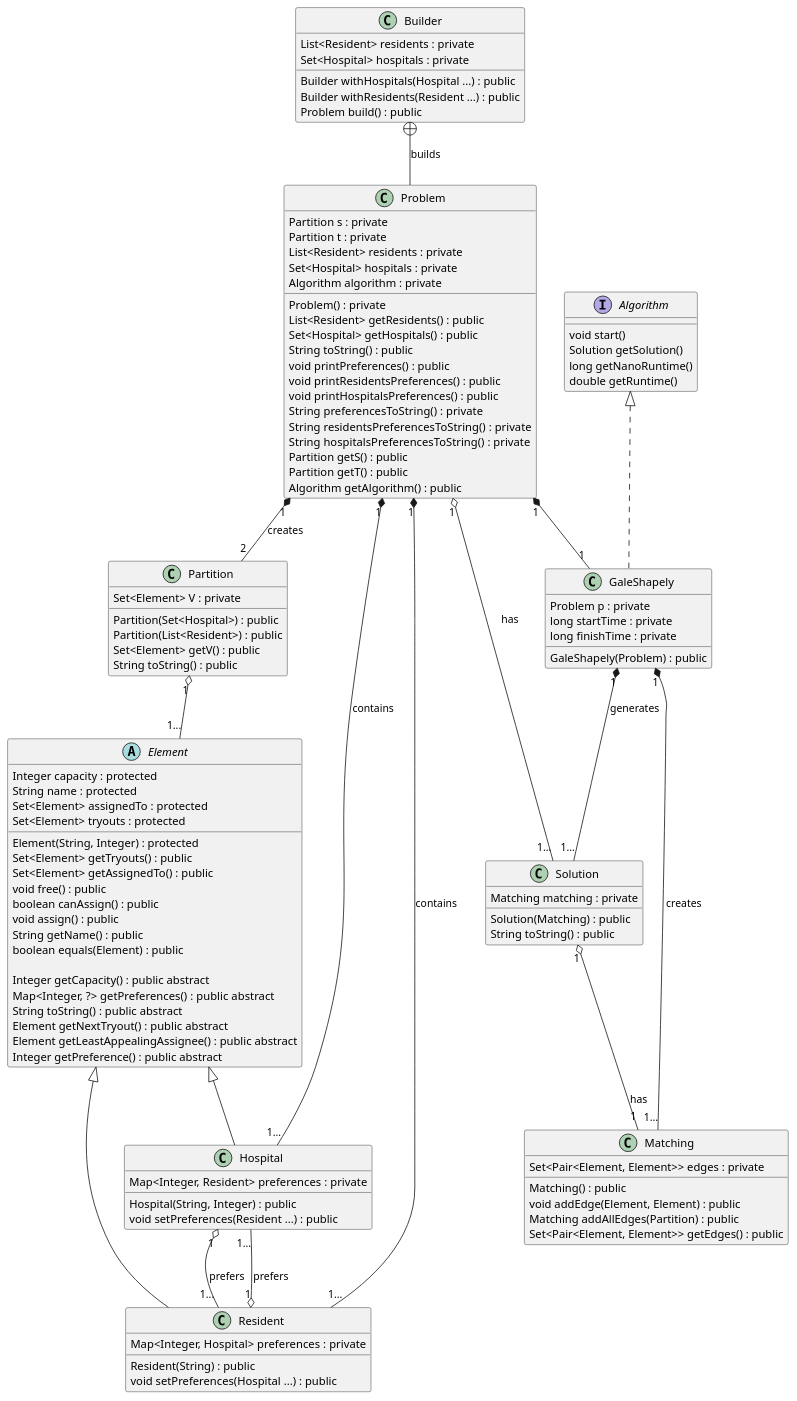
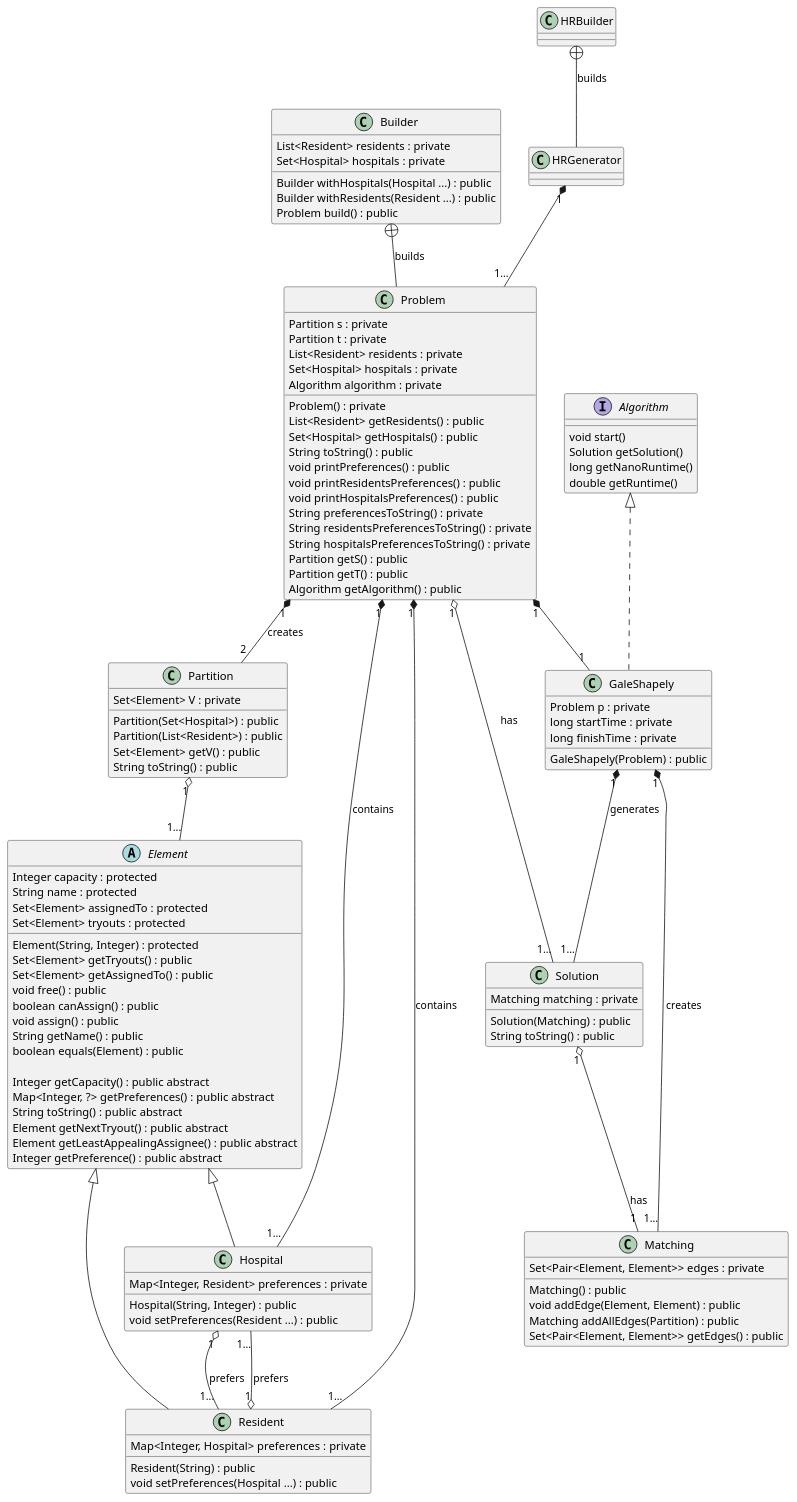
Before and after one commit to G2Gmycatisonfire/java4Random: the diagram in src/main/java/ro/design/HRUML.puml, drawn with PlantUML. The commit also changed 4 other files, not shown here.

```diff
--- a/src/main/java/ro/design/HRUML.puml
+++ b/src/main/java/ro/design/HRUML.puml
@@ -1,143 +1,146 @@
 @startuml
-
 
 abstract class Element
 
 class Hospital extends Element
 class Resident extends Element
 
 class Problem
 class Matching
 class Partition
 class Element
 class Solution
 class GaleShapely implements Algorithm
 class Builder
-
+class HRGenerator
+class HRBuilder
 interface Algorithm
 
+HRBuilder +-- HRGenerator : builds
 Builder +-- Problem : builds
+
+HRGenerator "1" *-- "1..." Problem
 
 Resident "1" o-- "1..." Hospital : prefers
 Hospital "1" o-- "1..." Resident : prefers
 
 Problem "1" *-- "1..." Resident : contains
 Problem "1" *-- "1..." Hospital : contains
 
 Problem "1" o-- "1..." Solution : has
 Problem "1" *-- "2" Partition : creates
 
 Solution "1" o-- "1" Matching : has
 
 Problem "1" *-- "1" GaleShapely
 
 GaleShapely "1" *-- "1..." Solution : generates
 GaleShapely "1" *-- "1..." Matching : creates
 
 Partition "1" o-- "1..." Element
 
 class Solution{
     Matching matching : private
     Solution(Matching) : public
     String toString() : public
 }
 
 class Matching{
     Set<Pair<Element, Element>> edges : private
     Matching() : public
     void addEdge(Element, Element) : public
     Matching addAllEdges(Partition) : public
     Set<Pair<Element, Element>> getEdges() : public
 }
 
 class Partition{
     Set<Element> V : private
     Partition(Set<Hospital>) : public
     Partition(List<Resident>) : public
     Set<Element> getV() : public
     String toString() : public
 }
 
 class Resident{
     Map<Integer, Hospital> preferences : private
     Resident(String) : public
     void setPreferences(Hospital ...) : public
 }
 
 class Hospital{
     Map<Integer, Resident> preferences : private
 
     Hospital(String, Integer) : public
     void setPreferences(Resident ...) : public
 }
 
 abstract class Element{
     Integer capacity : protected
     String name : protected
     Set<Element> assignedTo : protected
     Set<Element> tryouts : protected
 
     Element(String, Integer) : protected
     Set<Element> getTryouts() : public
     Set<Element> getAssignedTo() : public
     void free() : public
     boolean canAssign() : public
     void assign() : public
     String getName() : public
     boolean equals(Element) : public
 
     Integer getCapacity() : public abstract
     Map<Integer, ?> getPreferences() : public abstract
     String toString() : public abstract
     Element getNextTryout() : public abstract
     Element getLeastAppealingAssignee() : public abstract
     Integer getPreference() : public abstract
 }
 
 class Problem{
     Partition s : private
     Partition t : private
     List<Resident> residents : private
     Set<Hospital> hospitals : private
     Algorithm algorithm : private
 
     Problem() : private
     List<Resident> getResidents() : public
     Set<Hospital> getHospitals() : public
     String toString() : public
     void printPreferences() : public
     void printResidentsPreferences() : public
     void printHospitalsPreferences() : public
     String preferencesToString() : private
     String residentsPreferencesToString() : private
     String hospitalsPreferencesToString() : private
     Partition getS() : public
     Partition getT() : public
     Algorithm getAlgorithm() : public
 }
 
 class Builder{
     List<Resident> residents : private
     Set<Hospital> hospitals : private
 
     Builder withHospitals(Hospital ...) : public
     Builder withResidents(Resident ...) : public
     Problem build() : public
 }
 
 class GaleShapely{
     Problem p : private
     long startTime : private
     long finishTime : private
 
     GaleShapely(Problem) : public
 }
 
 interface Algorithm{
     void start()
     Solution getSolution()
     long getNanoRuntime()
     double getRuntime()
 }
 
 @enduml
```
